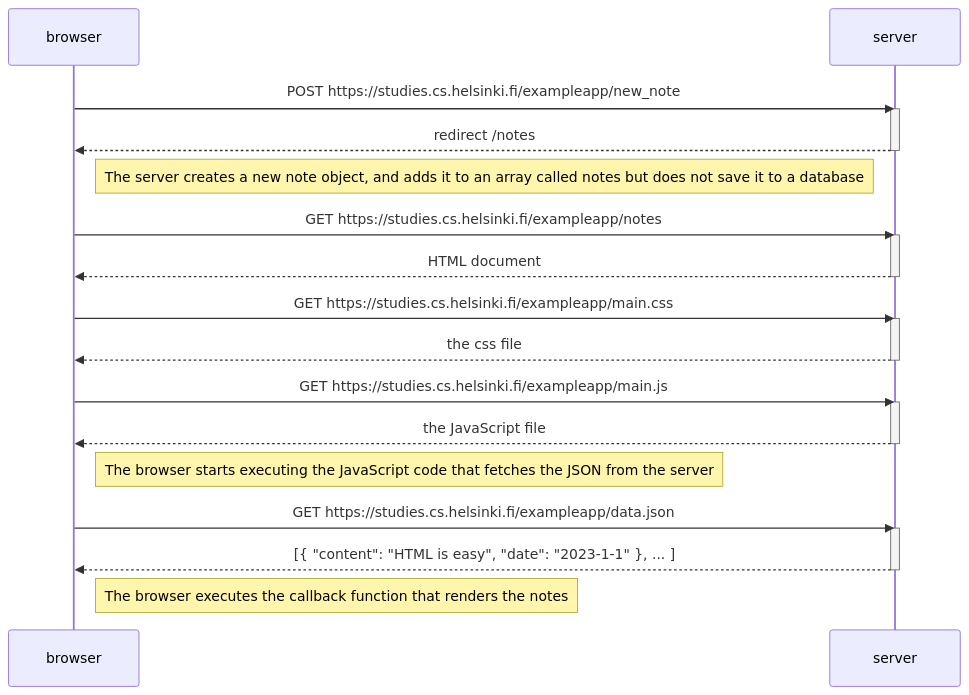
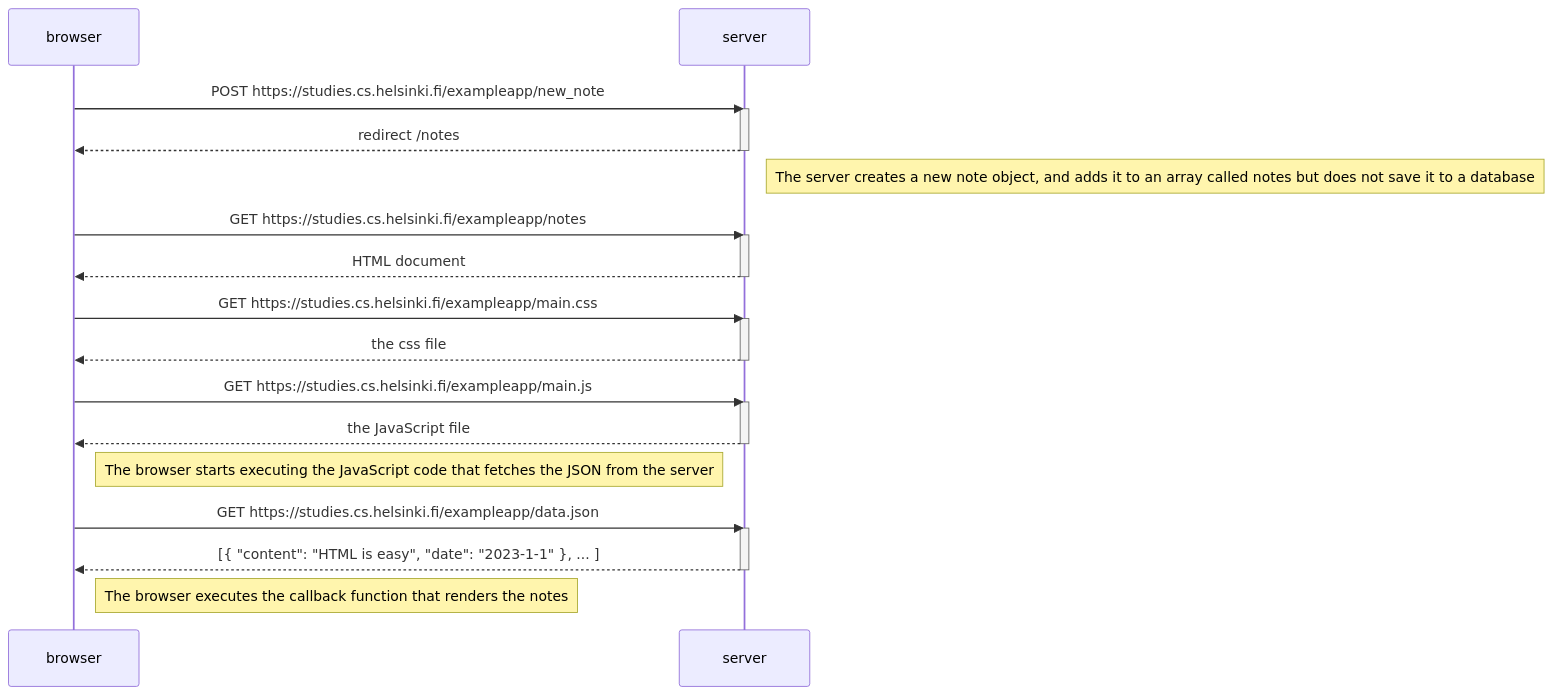
Before and after one commit to abhiroopc84/fso: the diagram in part0/4.md, drawn with Mermaid.

````diff
--- a/part0/4.md
+++ b/part0/4.md
@@ -1,36 +1,36 @@
 ```mermaid
 sequenceDiagram
     participant browser
     participant server
 
     browser->>server: POST https://studies.cs.helsinki.fi/exampleapp/new_note
     activate server
     server-->>browser: redirect /notes
     deactivate server
 
-    Note right of browser: The server creates a new note object, and adds it to an array called notes but does not save it to a database
+    Note right of server: The server creates a new note object, and adds it to an array called notes but does not save it to a database
 
     browser->>server: GET https://studies.cs.helsinki.fi/exampleapp/notes
     activate server
     server-->>browser: HTML document
     deactivate server
 
     browser->>server: GET https://studies.cs.helsinki.fi/exampleapp/main.css
     activate server
     server-->>browser: the css file
     deactivate server
 
     browser->>server: GET https://studies.cs.helsinki.fi/exampleapp/main.js
     activate server
     server-->>browser: the JavaScript file
     deactivate server
 
     Note right of browser: The browser starts executing the JavaScript code that fetches the JSON from the server
 
     browser->>server: GET https://studies.cs.helsinki.fi/exampleapp/data.json
     activate server
     server-->>browser: [{ "content": "HTML is easy", "date": "2023-1-1" }, ... ]
     deactivate server
 
     Note right of browser: The browser executes the callback function that renders the notes
 ```
````
